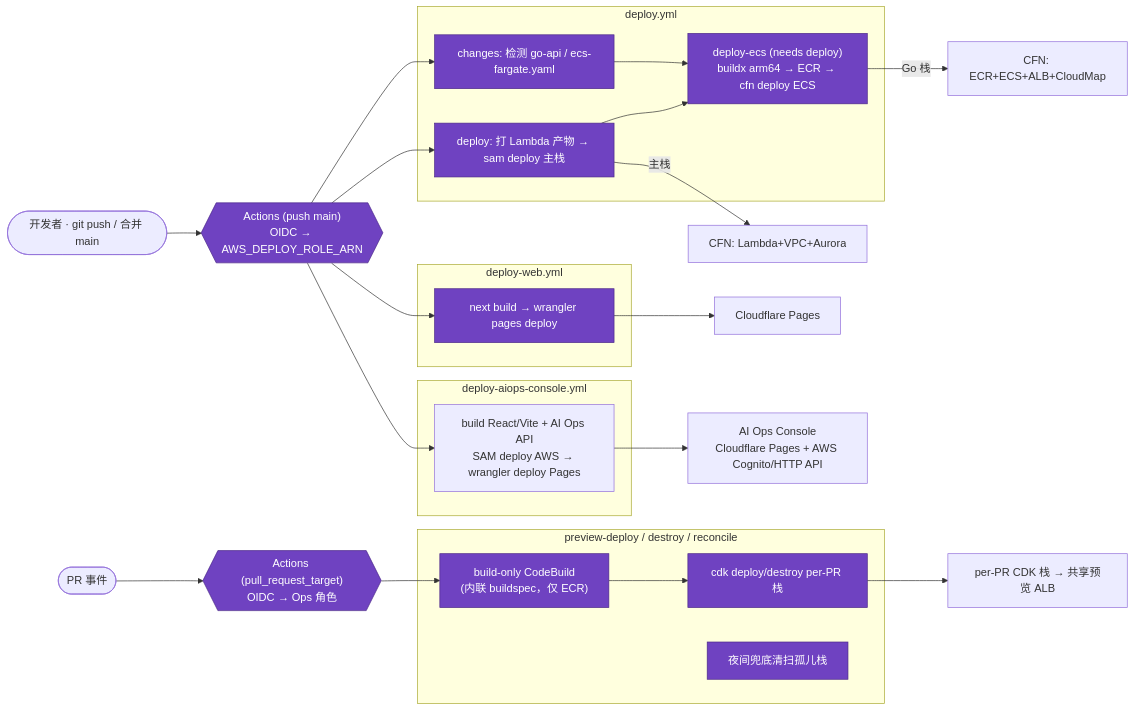
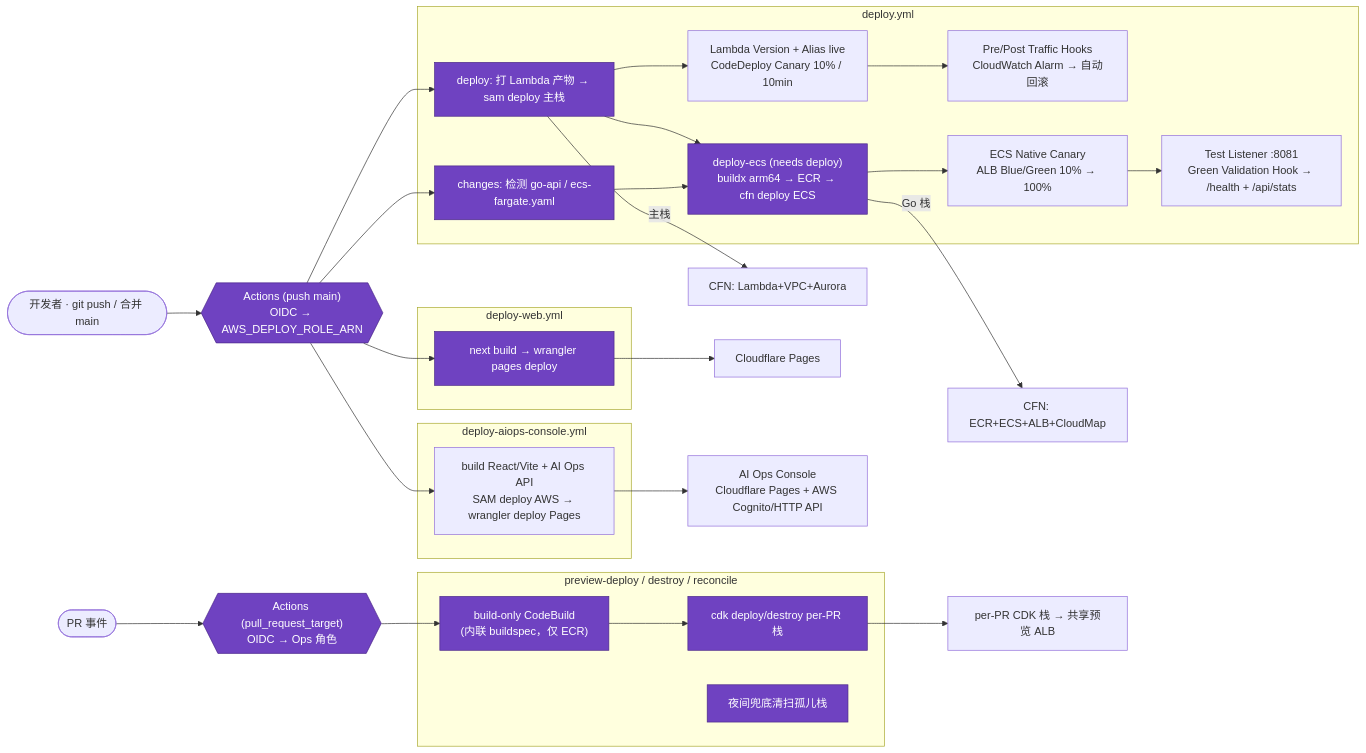
Before and after one commit to PrettyKing/github-repositories-fllow: the fourth of 10 diagrams in docs/架构图.md, drawn with Mermaid. The commit also changed other lines of this file and 17 other files, not shown here.

Commit message:
feat: add go ecs canary validation flow

````diff
--- a/docs/架构图.md
+++ b/docs/架构图.md
@@ -120,40 +155,46 @@
 ```mermaid
 graph LR
     Dev(["开发者 · git push / 合并 main"]) --> GHA{{"Actions (push main)<br/>OIDC → AWS_DEPLOY_ROLE_ARN"}}
     PRev(["PR 事件"]) --> GHA2{{"Actions (pull_request_target)<br/>OIDC → Ops 角色"}}
 
     subgraph W1["deploy.yml"]
         J1["deploy: 打 Lambda 产物 → sam deploy 主栈"]
+        J1A["Lambda Version + Alias live<br/>CodeDeploy Canary 10% / 10min"]
+        J1B["Pre/Post Traffic Hooks<br/>CloudWatch Alarm → 自动回滚"]
         J2["changes: 检测 go-api / ecs-fargate.yaml"]
         J3["deploy-ecs (needs deploy)<br/>buildx arm64 → ECR → cfn deploy ECS"]
+        J3A["ECS Native Canary<br/>ALB Blue/Green 10% → 100%"]
+        J3B["Test Listener :8081<br/>Green Validation Hook → /health + /api/stats"]
     end
     subgraph W2["deploy-web.yml"]
         J4["next build → wrangler pages deploy"]
     end
     subgraph W3["preview-deploy / destroy / reconcile"]
         J5["build-only CodeBuild<br/>(内联 buildspec，仅 ECR)"]
         J6["cdk deploy/destroy per-PR 栈"]
         J7["夜间兜底清扫孤儿栈"]
     end
     subgraph W4["deploy-aiops-console.yml"]
         J8["build React/Vite + AI Ops API<br/>SAM deploy AWS → wrangler deploy Pages"]
     end
 
     J5 --> J6
     GHA --> J1
     GHA --> J2
     J1 --> J3
+    J1 --> J1A --> J1B
+    J3 --> J3A --> J3B
     J2 --> J3
     GHA --> J4
     GHA --> J8
     GHA2 --> J5
 
     J1 -->|主栈| CFN1["CFN: Lambda+VPC+Aurora"]
     J3 -->|Go 栈| CFN2["CFN: ECR+ECS+ALB+CloudMap"]
     J4 --> PAGES["Cloudflare Pages"]
     J6 --> ENV["per-PR CDK 栈 → 共享预览 ALB"]
     J8 --> AIOPSWEB["AI Ops Console<br/>Cloudflare Pages + AWS Cognito/HTTP API"]
 
     classDef ci fill:#6f42c1,stroke:#4c2889,color:#fff
     class GHA,GHA2,J1,J2,J3,J4,J5,J6,J7 ci
 ```
````
